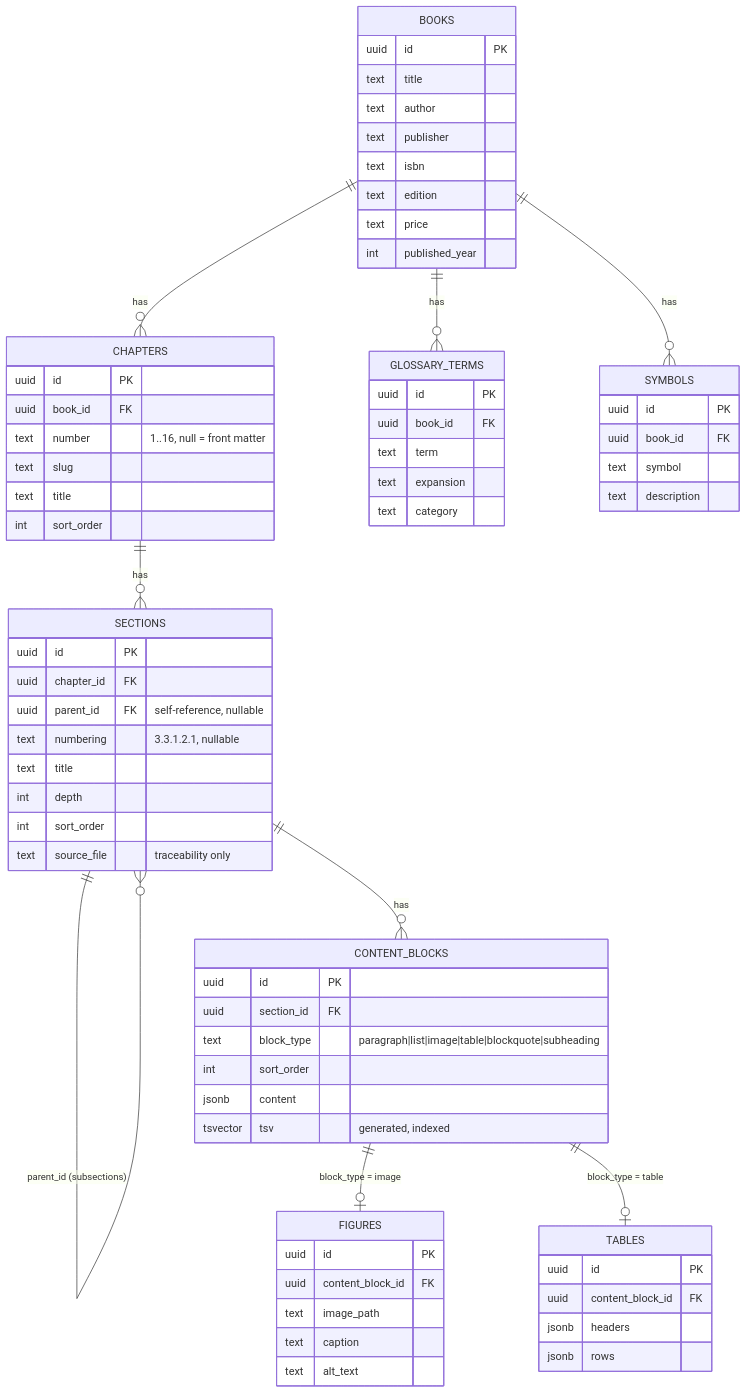
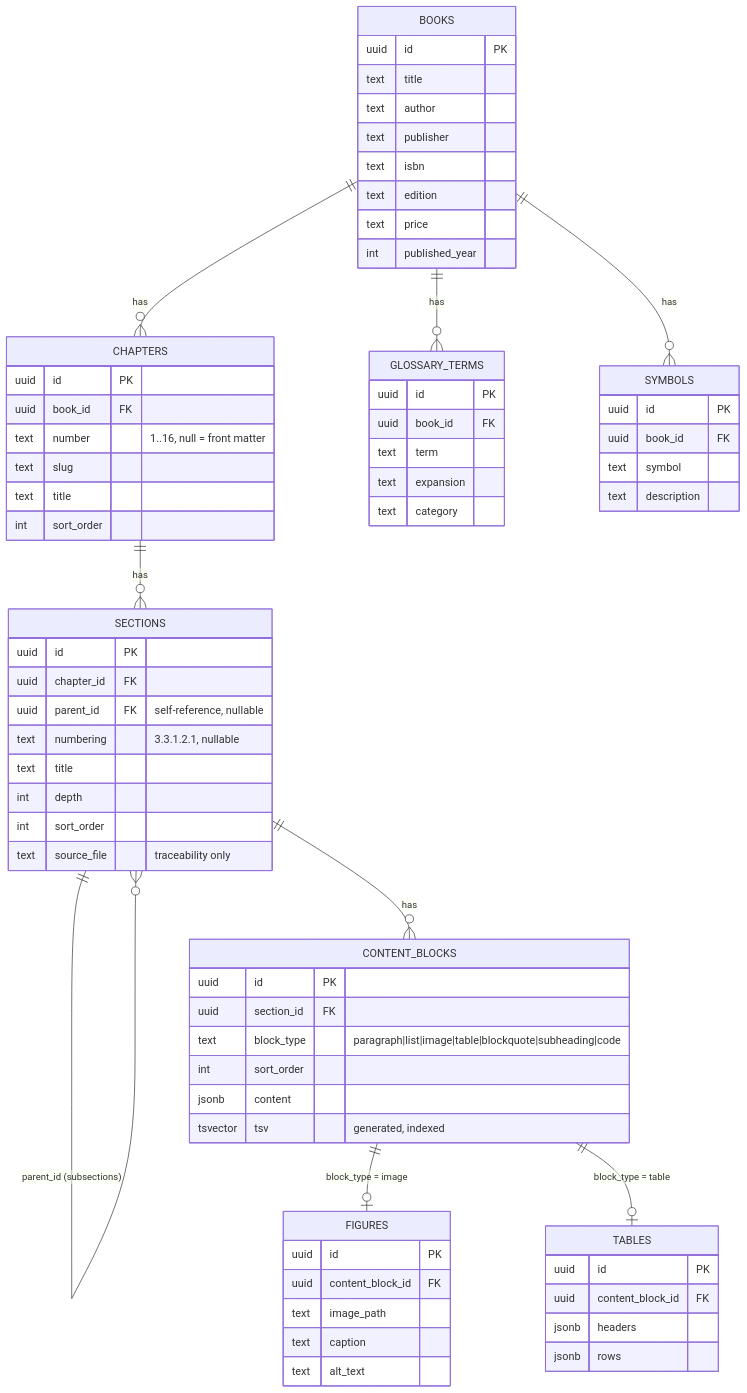
One commit to loony-projects/loony-library changed the diagram in docs/er_diagram.md. Above: the diagram before and after it, drawn with Mermaid. The commit also changed other lines of this file and 12 other files, not shown here.

````diff
--- a/docs/er_diagram.md
+++ b/docs/er_diagram.md
@@ -5,81 +5,81 @@
 ```mermaid
 erDiagram
     BOOKS ||--o{ CHAPTERS : has
     CHAPTERS ||--o{ SECTIONS : has
     SECTIONS ||--o{ SECTIONS : "parent_id (subsections)"
     SECTIONS ||--o{ CONTENT_BLOCKS : has
     CONTENT_BLOCKS ||--o| FIGURES : "block_type = image"
     CONTENT_BLOCKS ||--o| TABLES : "block_type = table"
     BOOKS ||--o{ GLOSSARY_TERMS : has
     BOOKS ||--o{ SYMBOLS : has
 
     BOOKS {
         uuid id PK
         text title
         text author
         text publisher
         text isbn
         text edition
         text price
         int published_year
     }
 
     CHAPTERS {
         uuid id PK
         uuid book_id FK
         text number "1..16, null = front matter"
         text slug
         text title
         int sort_order
     }
 
     SECTIONS {
         uuid id PK
         uuid chapter_id FK
         uuid parent_id FK "self-reference, nullable"
         text numbering "3.3.1.2.1, nullable"
         text title
         int depth
         int sort_order
         text source_file "traceability only"
     }
 
     CONTENT_BLOCKS {
         uuid id PK
         uuid section_id FK
-        text block_type "paragraph|list|image|table|blockquote|subheading"
+        text block_type "paragraph|list|image|table|blockquote|subheading|code"
         int sort_order
         jsonb content
         tsvector tsv "generated, indexed"
     }
 
     FIGURES {
         uuid id PK
         uuid content_block_id FK
         text image_path
         text caption
         text alt_text
     }
 
     TABLES {
         uuid id PK
         uuid content_block_id FK
         jsonb headers
         jsonb rows
     }
 
     GLOSSARY_TERMS {
         uuid id PK
         uuid book_id FK
         text term
         text expansion
         text category
     }
 
     SYMBOLS {
         uuid id PK
         uuid book_id FK
         text symbol
         text description
     }
 ```
````
